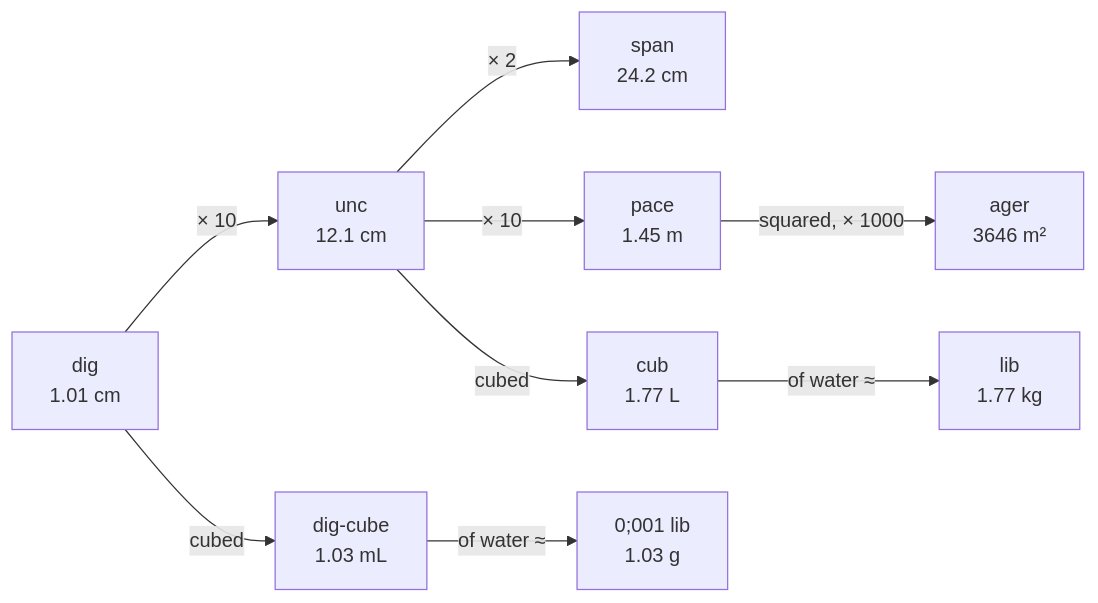
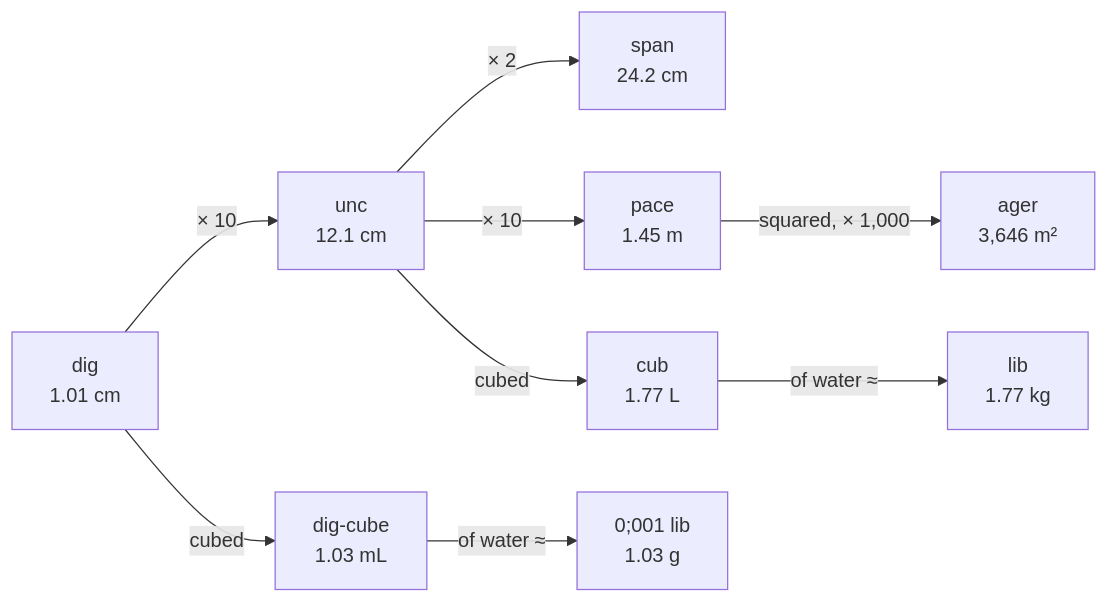
One commit to rdmarsh/paludal changed the third of 4 diagrams in ideas.md. Above: the diagram before and after it, drawn with Mermaid. The commit also changed other lines of this file and 3 other files, not shown here.

````diff
--- a/ideas.md
+++ b/ideas.md
@@ -559,11 +578,11 @@
 ```mermaid
 flowchart LR
   di["dig<br>1.01 cm"] -->|"× 10"| un["unc<br>12.1 cm"]
   un -->|"× 2"| sp["span<br>24.2 cm"]
   un -->|"× 10"| p["pace<br>1.45 m"]
-  p -->|"squared, × 1000"| ag["ager<br>3646 m²"]
+  p -->|"squared, × 1,000"| ag["ager<br>3,646 m²"]
   un -->|"cubed"| cu["cub<br>1.77 L"]
   di -->|"cubed"| dc["dig-cube<br>1.03 mL"]
   cu -->|"of water ≈"| li["lib<br>1.77 kg"]
   dc -->|"of water ≈"| mli["0;001 lib<br>1.03 g"]
 ```
````
